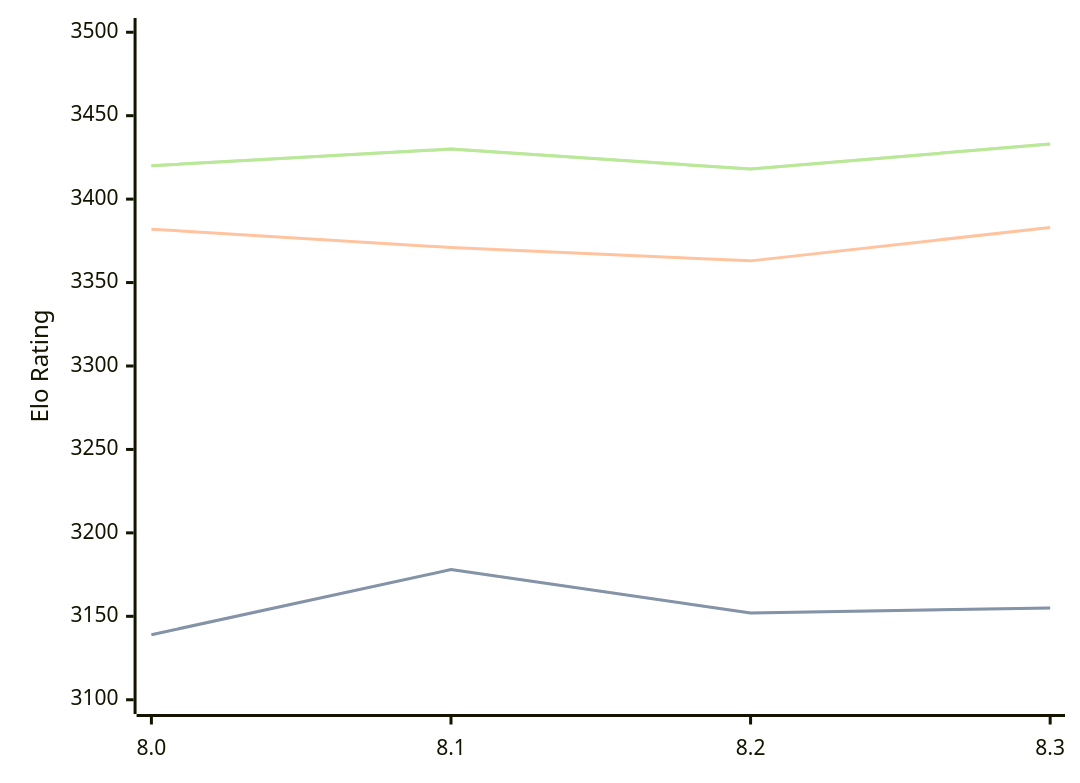
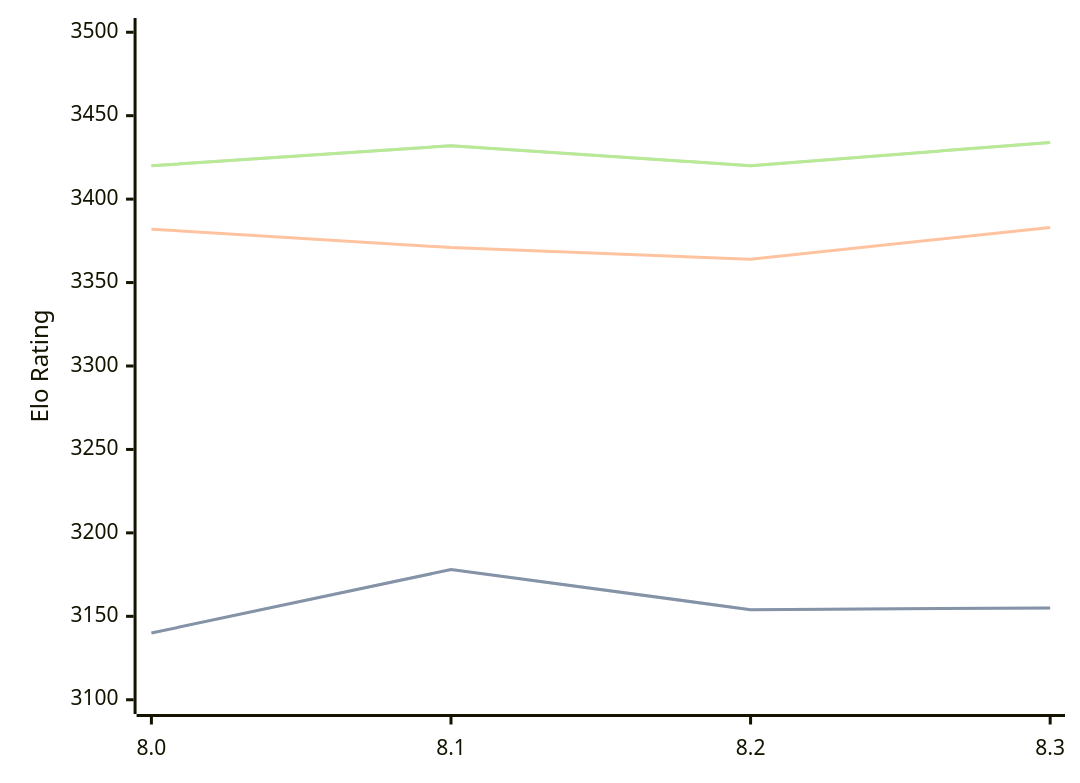
One commit to computer-chess-index/cci changed the diagram in engines/Alexander.md. Above: the diagram before and after it, drawn with Mermaid. The commit also changed other lines of this file, not shown here.

Commit message:
Update CCI Ratings (ELO VLTC) - 2026-09-07

````diff
--- a/engines/Alexander.md
+++ b/engines/Alexander.md
@@ -34,11 +34,11 @@
 ```mermaid
 %%{init: {"theme":"base","themeVariables":{"seriesColors:['#a3a3a3','#222221','#faa371']}}}%%
 xychart-beta
   x-axis ["8.0", "8.1", "8.2", "8.3"]
   y-axis "Elo Rating" 3100 --> 3500
-  line "" [3139, 3178, 3152, 3155]
-  line "STC (8.0+0.08s)" [3139, 3178, 3152, 3155]
-  line "LTC (60.0+0.60s)" [3382, 3371, 3363, 3383]
-  line "" [3420, 3430, 3418, 3433]
-  line "VLTC (2m24s+1.12s)" [3420, 3430, 3418, 3433]
+  line "" [3140, 3178, 3154, 3155]
+  line "STC (8.0+0.08s)" [3140, 3178, 3154, 3155]
+  line "LTC (60.0+0.60s)" [3382, 3371, 3364, 3383]
+  line "" [3420, 3432, 3420, 3434]
+  line "VLTC (2m24s+1.12s)" [3420, 3432, 3420, 3434]
 ```
````
